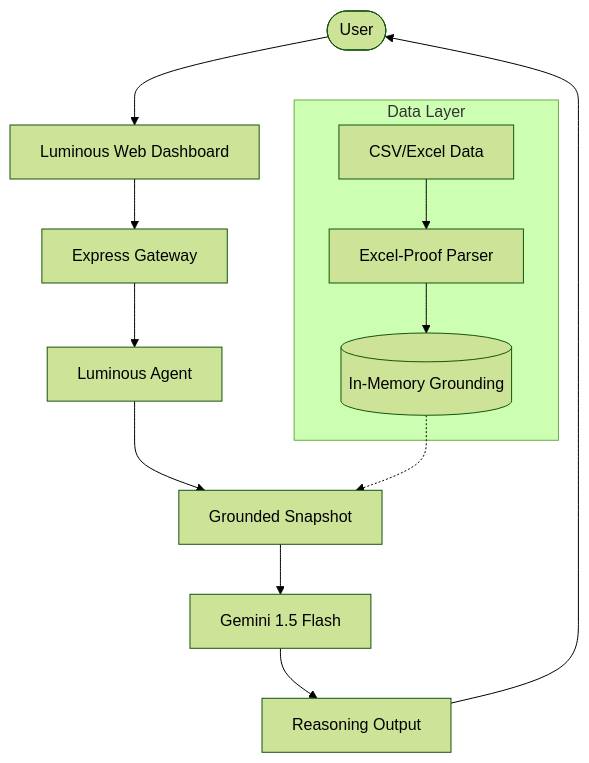
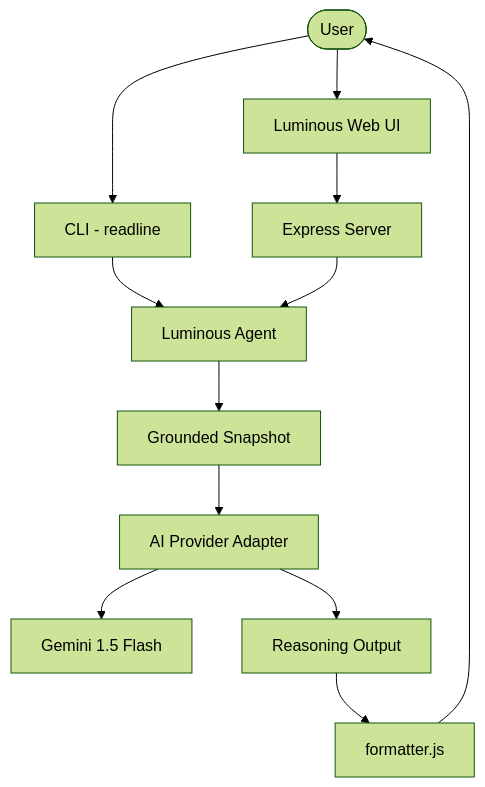
The first of 2 diagrams in README.md (Nandan2508/CashGuardian), drawn with Mermaid (forest theme) before and after one commit. The commit also changed other lines of this file, not shown here.

Commit message:
docs: hybrid upgrade to Luminous Edition - preserved existing metrics and benchmarks while adding premium feature set

````diff
--- a/README.md
+++ b/README.md
@@ -38,17 +65,14 @@
 ```mermaid
 flowchart TD
-    U([User]) --> UI[Luminous Web Dashboard]
-    UI --> S[Express Gateway]
-    S --> A[Luminous Agent]
+    U([User]) --> UI[Luminous Web UI]
+    U --> CLI[CLI - readline]
+    UI --> S[Express Server]
+    CLI --> A[Luminous Agent]
+    S --> A
     A --> SN[Grounded Snapshot]
-    SN --> AI[Gemini 1.5 Flash]
+    SN --> AI[AI Provider Adapter]
+    AI --> G[Gemini 1.5 Flash]
     AI --> RA[Reasoning Output]
-    RA --> U
-    
-    subgraph Data Layer
-      CSV[CSV/Excel Data] --> P[Excel-Proof Parser]
-      P --> D[(In-Memory Grounding)]
-    end
-    
-    D -.-> SN
+    RA --> F[formatter.js]
+    F --> U
 ```
````
